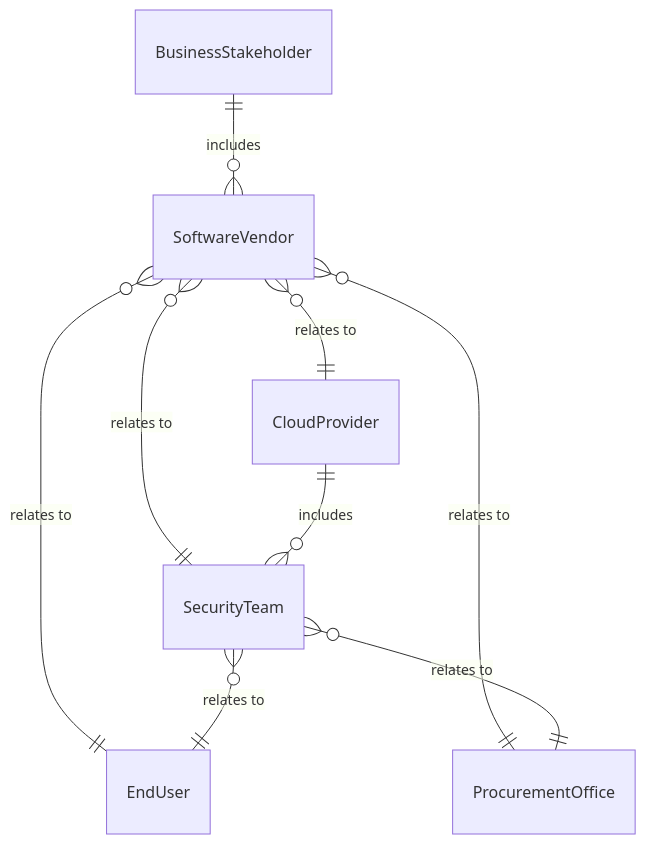
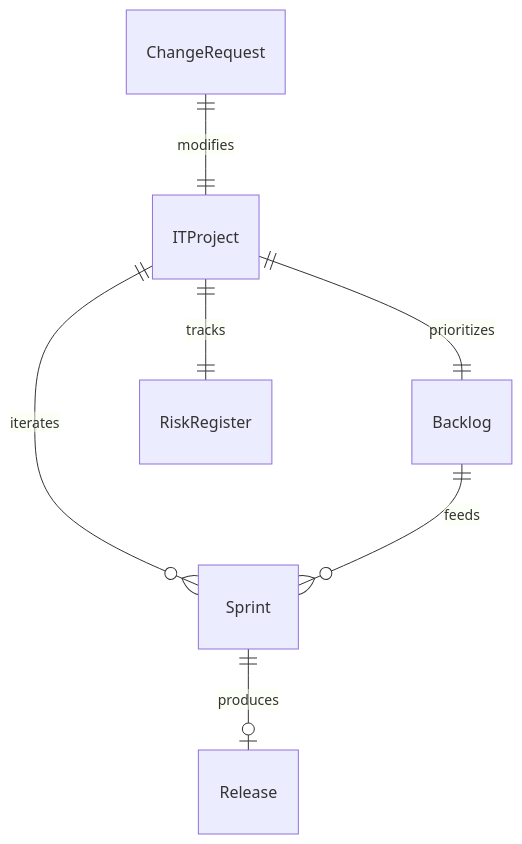
The first of 4 diagrams in GuidingDirectingAndMotivatingSubordinates/DirectScientificOrTechnicalActivities/ManageInformationTechnologyProjectsSystem.mdx (dot-org-ai/tasks.org.ai), drawn with Mermaid before and after one commit. The commit also changed other lines of this file and 515 other files, not shown here.

````diff
--- a/GuidingDirectingAndMotivatingSubordinates/DirectScientificOrTechnicalActivities/ManageInformationTechnologyProjectsSystem.mdx
+++ b/GuidingDirectingAndMotivatingSubordinates/DirectScientificOrTechnicalActivities/ManageInformationTechnologyProjectsSystem.mdx
@@ -89,11 +89,9 @@
 ```mermaid
 erDiagram
-    BusinessStakeholder ||--o{ SoftwareVendor : includes
-    SoftwareVendor }o--|| CloudProvider : "relates to"
-    SoftwareVendor }o--|| SecurityTeam : "relates to"
-    SoftwareVendor }o--|| EndUser : "relates to"
-    SoftwareVendor }o--|| ProcurementOffice : "relates to"
-    CloudProvider ||--o{ SecurityTeam : includes
-    SecurityTeam }o--|| EndUser : "relates to"
-    SecurityTeam }o--|| ProcurementOffice : "relates to"
+    ITProject ||--o{ Sprint : "iterates"
+    ITProject ||--|| Backlog : "prioritizes"
+    Sprint ||--o| Release : "produces"
+    ITProject ||--|| RiskRegister : "tracks"
+    ChangeRequest ||--|| ITProject : "modifies"
+    Backlog ||--o{ Sprint : "feeds"
 ```
````
